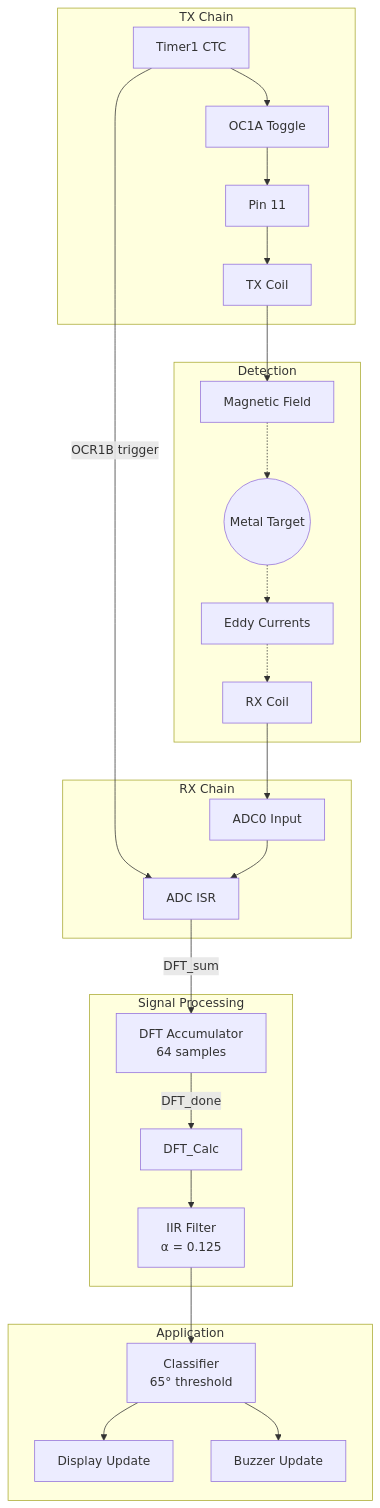
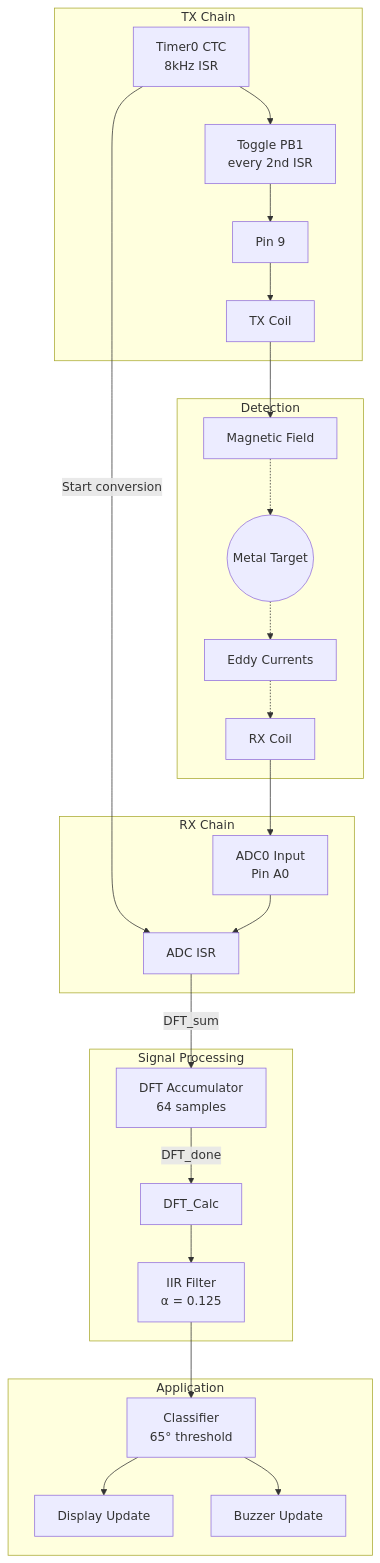
Before and after one commit to MadsRudolph/34621-Metal-Detector: the fifth of 9 diagrams in Code_Review.md, drawn with Mermaid. The commit also changed other lines of this file and 17 other files, not shown here.

````diff
--- a/Code_Review.md
+++ b/Code_Review.md
@@ -983,46 +503,47 @@
 ```mermaid
 flowchart TB
     subgraph TX["TX Chain"]
-        T1[Timer1 CTC]
-        OC1A[OC1A Toggle]
-        TXP[Pin 11]
+        T0[Timer0 CTC<br>8kHz ISR]
+        TOG[Toggle PB1<br>every 2nd ISR]
+        TXP[Pin 9]
         TXC[TX Coil]
     end
 
     subgraph DETECT["Detection"]
         FIELD[Magnetic Field]
         METAL((Metal Target))
         EDDY[Eddy Currents]
         RXC[RX Coil]
     end
 
     subgraph RX["RX Chain"]
-        ADC0[ADC0 Input]
+        ADC0[ADC0 Input<br>Pin A0]
         ADCI[ADC ISR]
     end
 
     subgraph DSP["Signal Processing"]
         DFT[DFT Accumulator<br>64 samples]
         CALC[DFT_Calc]
         IIR[IIR Filter<br>α = 0.125]
     end
 
     subgraph APP["Application"]
         CLASS[Classifier<br>65° threshold]
         DISP[Display Update]
         BUZZ[Buzzer Update]
     end
 
-    T1 --> OC1A --> TXP --> TXC --> FIELD
+    T0 --> TOG --> TXP --> TXC --> FIELD
     FIELD -.-> METAL
     METAL -.-> EDDY
     EDDY -.-> RXC --> ADC0
 
-    T1 -->|OCR1B trigger| ADCI
+    T0 -->|Start conversion| ADCI
     ADC0 --> ADCI
     ADCI -->|DFT_sum| DFT
     DFT -->|DFT_done| CALC
     CALC --> IIR
     IIR --> CLASS
-    CLASS --> DISP & BUZZ
+    CLASS --> DISP
+    CLASS --> BUZZ
 ```
````
